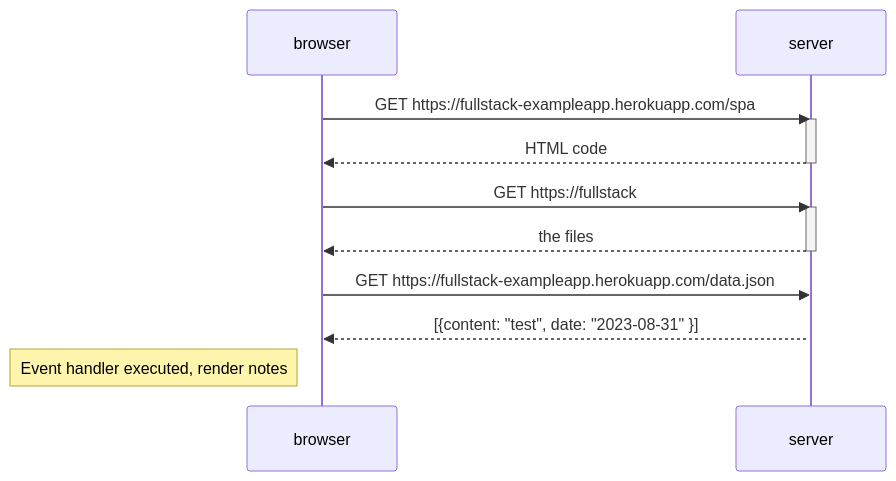
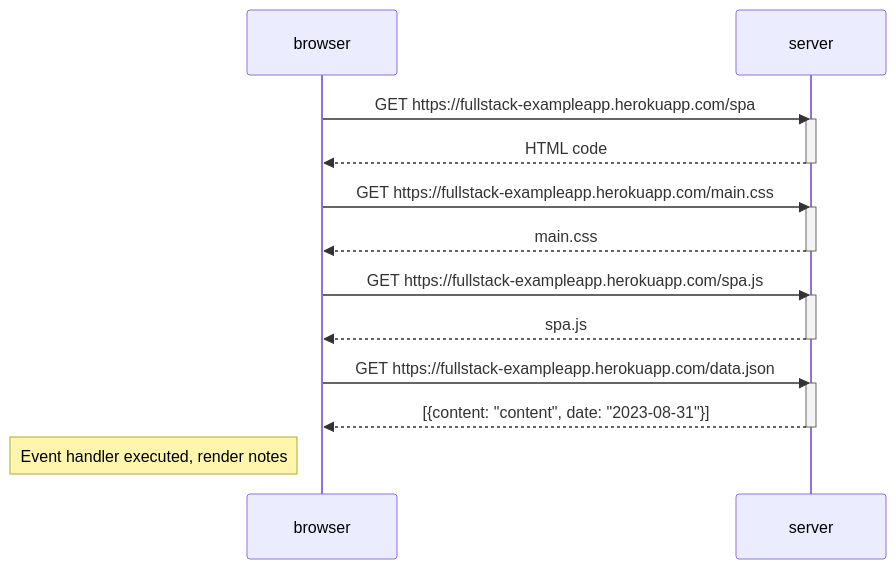
One commit to Pyrynot/fso23 changed the diagram in osa0/0.5.md. Above: the diagram before and after it, drawn with Mermaid. The commit also changed 1 other file, not shown here.

Commit message:
part 0 done

````diff
--- a/osa0/0.5.md
+++ b/osa0/0.5.md
@@ -1,23 +1,29 @@
 ```mermaid
 sequenceDiagram
     participant browser
     participant server
 
     browser->>server: GET https://fullstack-exampleapp.herokuapp.com/spa
     activate server
     server-->>browser: HTML code
     deactivate server
 
-    browser->>server: GET https://fullstack
+    browser->>server: GET https://fullstack-exampleapp.herokuapp.com/main.css
     activate server
-    server-->>browser: the files
+    server-->>browser: main.css
+    deactivate server
+
+    browser->>server: GET https://fullstack-exampleapp.herokuapp.com/spa.js
+    activate server
+    server-->>browser: spa.js
     deactivate server
 
     browser->>server: GET https://fullstack-exampleapp.herokuapp.com/data.json
     activate server
-    server-->>browser: [{content: "test", date: "2023-08-31" }]
+    server-->>browser: [{content: "content", date: "2023-08-31"}]
+    deactivate server
 
     Note left of browser: Event handler executed, render notes
 
     
 ```
````
